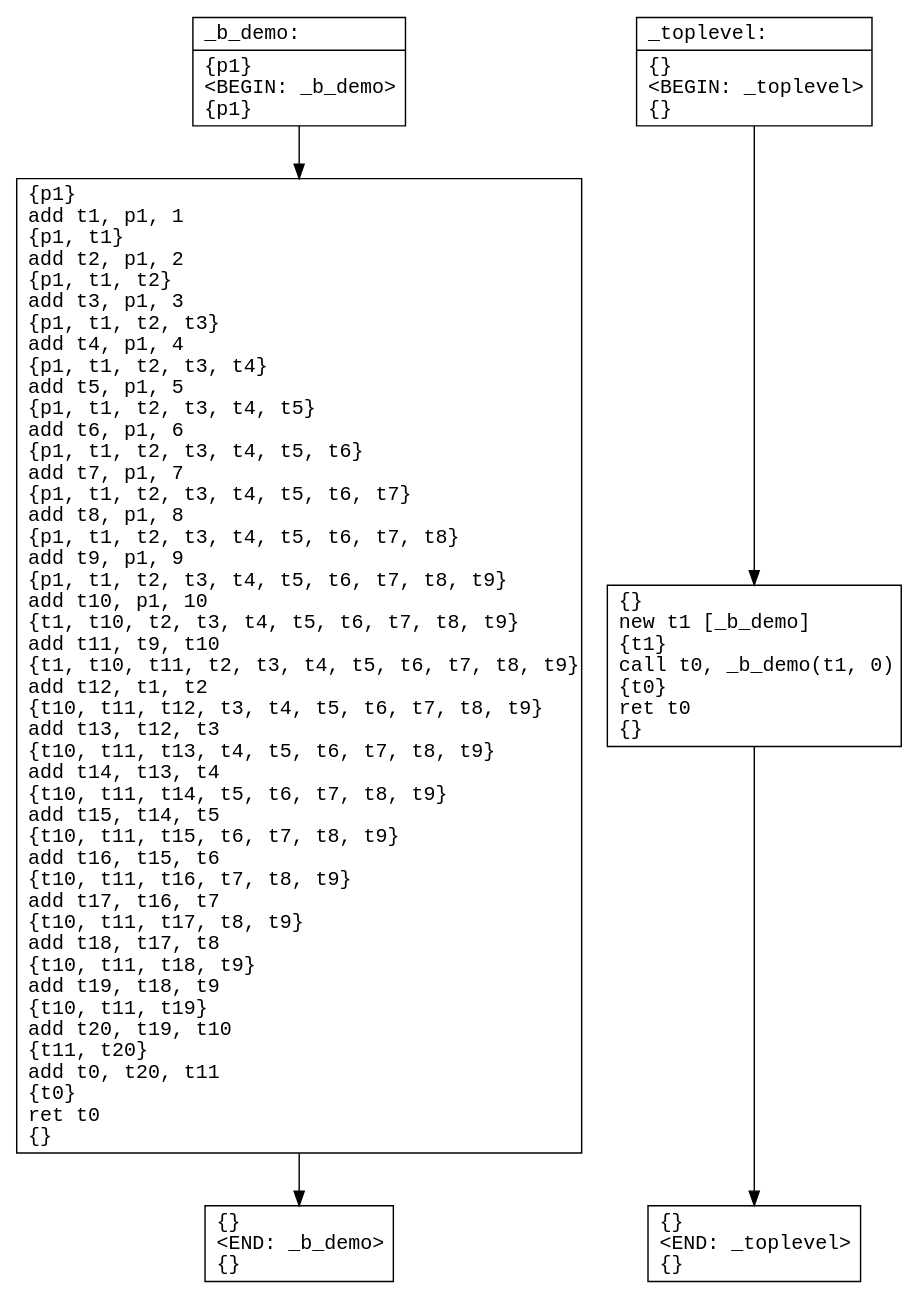
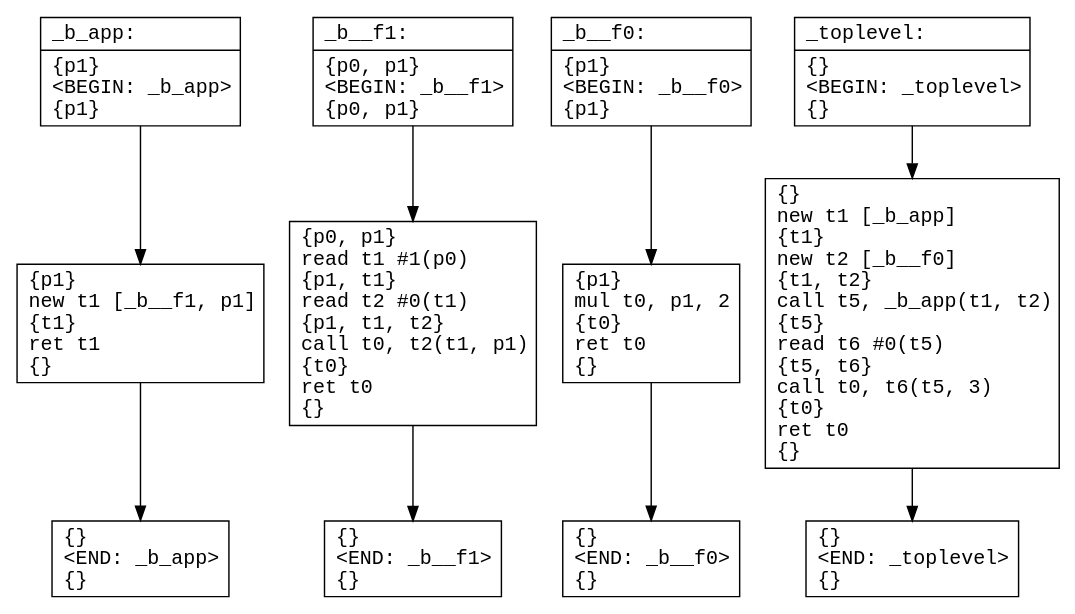
The diagram in code/cfg_tmp.dot (ore-puzzle/le4com), drawn with Graphviz before and after one commit. The commit also changed 2 other files, not shown here.

```diff
--- a/code/cfg_tmp.dot
+++ b/code/cfg_tmp.dot
@@ -1,16 +1,30 @@
 digraph CFG {
   node [shape=record fontname="courier"]
-  _b_demo0 [label="{_b_demo:\l|\{p1\}\l\<BEGIN: _b_demo\>\l\{p1\}\l}"];
-  _b_demo1 [label="{\{p1\}\ladd  t1, p1, 1\l\{p1, t1\}\ladd  t2, p1, 2\l\{p1, t1, t2\}\ladd  t3, p1, 3\l\{p1, t1, t2, t3\}\ladd  t4, p1, 4\l\{p1, t1, t2, t3, t4\}\ladd  t5, p1, 5\l\{p1, t1, t2, t3, t4, t5\}\ladd  t6, p1, 6\l\{p1, t1, t2, t3, t4, t5, t6\}\ladd  t7, p1, 7\l\{p1, t1, t2, t3, t4, t5, t6, t7\}\ladd  t8, p1, 8\l\{p1, t1, t2, t3, t4, t5, t6, t7, t8\}\ladd  t9, p1, 9\l\{p1, t1, t2, t3, t4, t5, t6, t7, t8, t9\}\ladd  t10, p1, 10\l\{t1, t10, t2, t3, t4, t5, t6, t7, t8, t9\}\ladd  t11, t9, t10\l\{t1, t10, t11, t2, t3, t4, t5, t6, t7, t8, t9\}\ladd  t12, t1, t2\l\{t10, t11, t12, t3, t4, t5, t6, t7, t8, t9\}\ladd  t13, t12, t3\l\{t10, t11, t13, t4, t5, t6, t7, t8, t9\}\ladd  t14, t13, t4\l\{t10, t11, t14, t5, t6, t7, t8, t9\}\ladd  t15, t14, t5\l\{t10, t11, t15, t6, t7, t8, t9\}\ladd  t16, t15, t6\l\{t10, t11, t16, t7, t8, t9\}\ladd  t17, t16, t7\l\{t10, t11, t17, t8, t9\}\ladd  t18, t17, t8\l\{t10, t11, t18, t9\}\ladd  t19, t18, t9\l\{t10, t11, t19\}\ladd  t20, t19, t10\l\{t11, t20\}\ladd  t0, t20, t11\l\{t0\}\lret  t0\l\{\}\l}"];
-  _b_demo2 [label="{\{\}\l\<END: _b_demo\>\l\{\}\l}"];
+  _b_app0 [label="{_b_app:\l|\{p1\}\l\<BEGIN: _b_app\>\l\{p1\}\l}"];
+  _b_app1 [label="{\{p1\}\lnew  t1 [_b__f1, p1]\l\{t1\}\lret  t1\l\{\}\l}"];
+  _b_app2 [label="{\{\}\l\<END: _b_app\>\l\{\}\l}"];
 
-  _b_demo0 -> _b_demo1
-  _b_demo1 -> _b_demo2
+  _b_app0 -> _b_app1
+  _b_app1 -> _b_app2
+  
+  _b__f10 [label="{_b__f1:\l|\{p0, p1\}\l\<BEGIN: _b__f1\>\l\{p0, p1\}\l}"];
+  _b__f11 [label="{\{p0, p1\}\lread  t1 #1(p0)\l\{p1, t1\}\lread  t2 #0(t1)\l\{p1, t1, t2\}\lcall  t0, t2(t1, p1)\l\{t0\}\lret  t0\l\{\}\l}"];
+  _b__f12 [label="{\{\}\l\<END: _b__f1\>\l\{\}\l}"];
+
+  _b__f10 -> _b__f11
+  _b__f11 -> _b__f12
+  
+  _b__f00 [label="{_b__f0:\l|\{p1\}\l\<BEGIN: _b__f0\>\l\{p1\}\l}"];
+  _b__f01 [label="{\{p1\}\lmul  t0, p1, 2\l\{t0\}\lret  t0\l\{\}\l}"];
+  _b__f02 [label="{\{\}\l\<END: _b__f0\>\l\{\}\l}"];
+
+  _b__f00 -> _b__f01
+  _b__f01 -> _b__f02
   
   _toplevel0 [label="{_toplevel:\l|\{\}\l\<BEGIN: _toplevel\>\l\{\}\l}"];
-  _toplevel1 [label="{\{\}\lnew  t1 [_b_demo]\l\{t1\}\lcall  t0, _b_demo(t1, 0)\l\{t0\}\lret  t0\l\{\}\l}"];
+  _toplevel1 [label="{\{\}\lnew  t1 [_b_app]\l\{t1\}\lnew  t2 [_b__f0]\l\{t1, t2\}\lcall  t5, _b_app(t1, t2)\l\{t5\}\lread  t6 #0(t5)\l\{t5, t6\}\lcall  t0, t6(t5, 3)\l\{t0\}\lret  t0\l\{\}\l}"];
   _toplevel2 [label="{\{\}\l\<END: _toplevel\>\l\{\}\l}"];
 
   _toplevel0 -> _toplevel1
   _toplevel1 -> _toplevel2
   }
```
